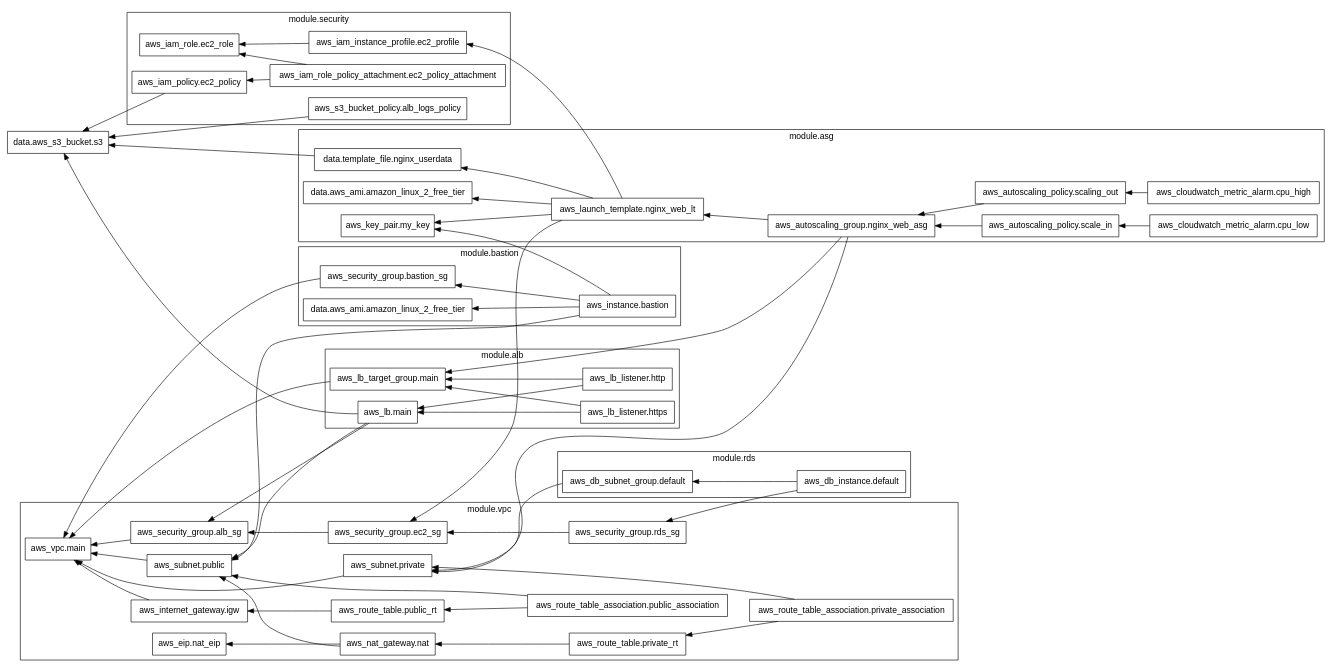
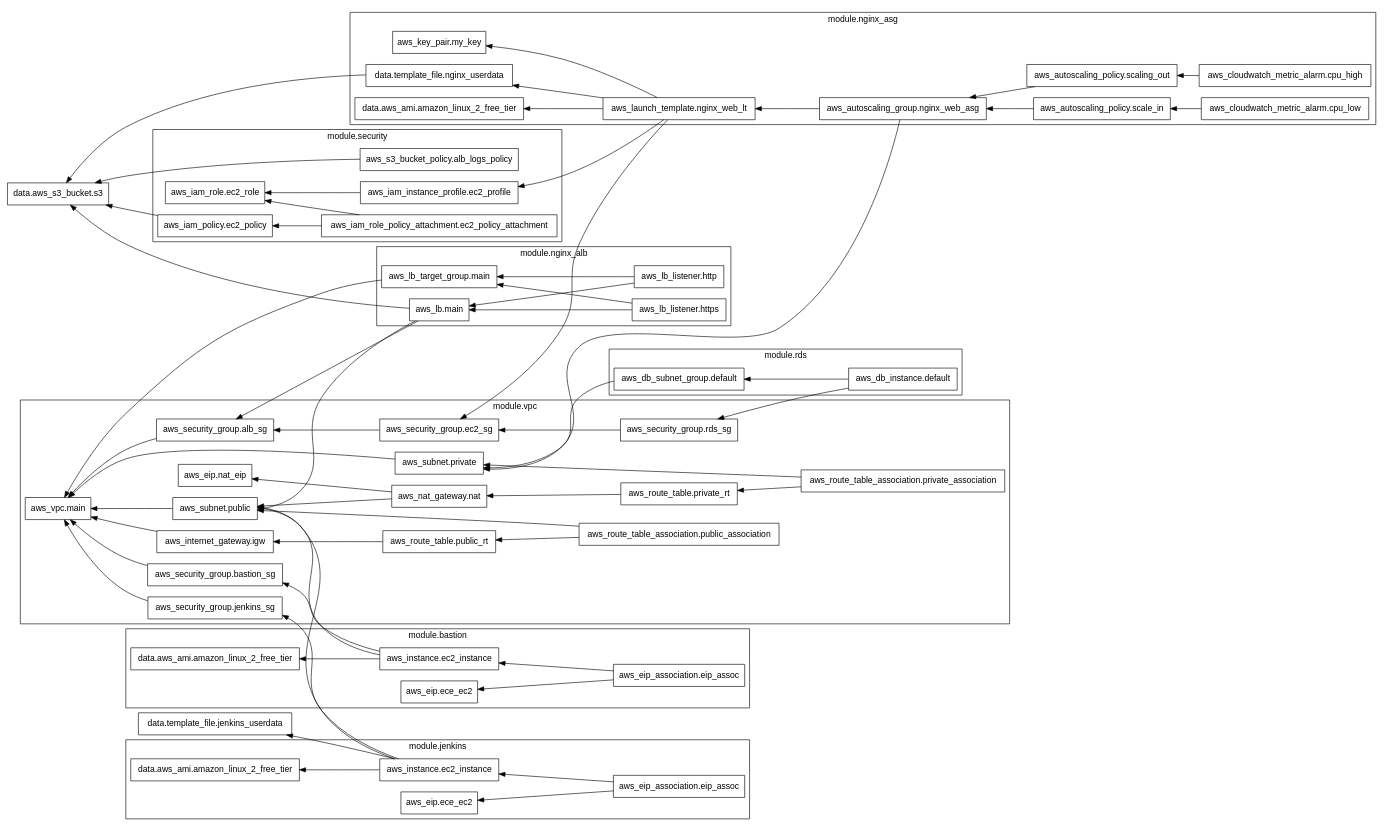
The diagram in assets/graph.dot (DimRev/devops-multitier-app-terraform), drawn with Graphviz before and after one commit. The commit also changed 13 other files, not shown here.

```diff
--- a/assets/graph.dot
+++ b/assets/graph.dot
@@ -1,113 +1,132 @@
 digraph G {
   rankdir = "RL";
   node [shape = rect, fontname = "sans-serif"];
   "data.aws_s3_bucket.s3" [label="data.aws_s3_bucket.s3"];
-  subgraph "cluster_module.alb" {
-    label = "module.alb"
-    fontname = "sans-serif"
-    "module.alb.aws_lb.main" [label="aws_lb.main"];
-    "module.alb.aws_lb_listener.http" [label="aws_lb_listener.http"];
-    "module.alb.aws_lb_listener.https" [label="aws_lb_listener.https"];
-    "module.alb.aws_lb_target_group.main" [label="aws_lb_target_group.main"];
-  }
-  subgraph "cluster_module.asg" {
-    label = "module.asg"
-    fontname = "sans-serif"
-    "module.asg.data.aws_ami.amazon_linux_2_free_tier" [label="data.aws_ami.amazon_linux_2_free_tier"];
-    "module.asg.data.template_file.nginx_userdata" [label="data.template_file.nginx_userdata"];
-    "module.asg.aws_autoscaling_group.nginx_web_asg" [label="aws_autoscaling_group.nginx_web_asg"];
-    "module.asg.aws_autoscaling_policy.scale_in" [label="aws_autoscaling_policy.scale_in"];
-    "module.asg.aws_autoscaling_policy.scaling_out" [label="aws_autoscaling_policy.scaling_out"];
-    "module.asg.aws_cloudwatch_metric_alarm.cpu_high" [label="aws_cloudwatch_metric_alarm.cpu_high"];
-    "module.asg.aws_cloudwatch_metric_alarm.cpu_low" [label="aws_cloudwatch_metric_alarm.cpu_low"];
-    "module.asg.aws_key_pair.my_key" [label="aws_key_pair.my_key"];
-    "module.asg.aws_launch_template.nginx_web_lt" [label="aws_launch_template.nginx_web_lt"];
-  }
+  "data.template_file.jenkins_userdata" [label="data.template_file.jenkins_userdata"];
   subgraph "cluster_module.bastion" {
     label = "module.bastion"
     fontname = "sans-serif"
     "module.bastion.data.aws_ami.amazon_linux_2_free_tier" [label="data.aws_ami.amazon_linux_2_free_tier"];
-    "module.bastion.aws_instance.bastion" [label="aws_instance.bastion"];
-    "module.bastion.aws_security_group.bastion_sg" [label="aws_security_group.bastion_sg"];
+    "module.bastion.aws_eip.ece_ec2" [label="aws_eip.ece_ec2"];
+    "module.bastion.aws_eip_association.eip_assoc" [label="aws_eip_association.eip_assoc"];
+    "module.bastion.aws_instance.ec2_instance" [label="aws_instance.ec2_instance"];
+  }
+  subgraph "cluster_module.jenkins" {
+    label = "module.jenkins"
+    fontname = "sans-serif"
+    "module.jenkins.data.aws_ami.amazon_linux_2_free_tier" [label="data.aws_ami.amazon_linux_2_free_tier"];
+    "module.jenkins.aws_eip.ece_ec2" [label="aws_eip.ece_ec2"];
+    "module.jenkins.aws_eip_association.eip_assoc" [label="aws_eip_association.eip_assoc"];
+    "module.jenkins.aws_instance.ec2_instance" [label="aws_instance.ec2_instance"];
+  }
+  subgraph "cluster_module.nginx_alb" {
+    label = "module.nginx_alb"
+    fontname = "sans-serif"
+    "module.nginx_alb.aws_lb.main" [label="aws_lb.main"];
+    "module.nginx_alb.aws_lb_listener.http" [label="aws_lb_listener.http"];
+    "module.nginx_alb.aws_lb_listener.https" [label="aws_lb_listener.https"];
+    "module.nginx_alb.aws_lb_target_group.main" [label="aws_lb_target_group.main"];
+  }
+  subgraph "cluster_module.nginx_asg" {
+    label = "module.nginx_asg"
+    fontname = "sans-serif"
+    "module.nginx_asg.data.aws_ami.amazon_linux_2_free_tier" [label="data.aws_ami.amazon_linux_2_free_tier"];
+    "module.nginx_asg.data.template_file.nginx_userdata" [label="data.template_file.nginx_userdata"];
+    "module.nginx_asg.aws_autoscaling_group.nginx_web_asg" [label="aws_autoscaling_group.nginx_web_asg"];
+    "module.nginx_asg.aws_autoscaling_policy.scale_in" [label="aws_autoscaling_policy.scale_in"];
+    "module.nginx_asg.aws_autoscaling_policy.scaling_out" [label="aws_autoscaling_policy.scaling_out"];
+    "module.nginx_asg.aws_cloudwatch_metric_alarm.cpu_high" [label="aws_cloudwatch_metric_alarm.cpu_high"];
+    "module.nginx_asg.aws_cloudwatch_metric_alarm.cpu_low" [label="aws_cloudwatch_metric_alarm.cpu_low"];
+    "module.nginx_asg.aws_key_pair.my_key" [label="aws_key_pair.my_key"];
+    "module.nginx_asg.aws_launch_template.nginx_web_lt" [label="aws_launch_template.nginx_web_lt"];
   }
   subgraph "cluster_module.rds" {
     label = "module.rds"
     fontname = "sans-serif"
     "module.rds.aws_db_instance.default" [label="aws_db_instance.default"];
     "module.rds.aws_db_subnet_group.default" [label="aws_db_subnet_group.default"];
   }
   subgraph "cluster_module.security" {
     label = "module.security"
     fontname = "sans-serif"
     "module.security.aws_iam_instance_profile.ec2_profile" [label="aws_iam_instance_profile.ec2_profile"];
     "module.security.aws_iam_policy.ec2_policy" [label="aws_iam_policy.ec2_policy"];
     "module.security.aws_iam_role.ec2_role" [label="aws_iam_role.ec2_role"];
     "module.security.aws_iam_role_policy_attachment.ec2_policy_attachment" [label="aws_iam_role_policy_attachment.ec2_policy_attachment"];
     "module.security.aws_s3_bucket_policy.alb_logs_policy" [label="aws_s3_bucket_policy.alb_logs_policy"];
   }
   subgraph "cluster_module.vpc" {
     label = "module.vpc"
     fontname = "sans-serif"
     "module.vpc.aws_eip.nat_eip" [label="aws_eip.nat_eip"];
     "module.vpc.aws_internet_gateway.igw" [label="aws_internet_gateway.igw"];
     "module.vpc.aws_nat_gateway.nat" [label="aws_nat_gateway.nat"];
     "module.vpc.aws_route_table.private_rt" [label="aws_route_table.private_rt"];
     "module.vpc.aws_route_table.public_rt" [label="aws_route_table.public_rt"];
     "module.vpc.aws_route_table_association.private_association" [label="aws_route_table_association.private_association"];
     "module.vpc.aws_route_table_association.public_association" [label="aws_route_table_association.public_association"];
     "module.vpc.aws_security_group.alb_sg" [label="aws_security_group.alb_sg"];
+    "module.vpc.aws_security_group.bastion_sg" [label="aws_security_group.bastion_sg"];
     "module.vpc.aws_security_group.ec2_sg" [label="aws_security_group.ec2_sg"];
+    "module.vpc.aws_security_group.jenkins_sg" [label="aws_security_group.jenkins_sg"];
     "module.vpc.aws_security_group.rds_sg" [label="aws_security_group.rds_sg"];
     "module.vpc.aws_subnet.private" [label="aws_subnet.private"];
     "module.vpc.aws_subnet.public" [label="aws_subnet.public"];
     "module.vpc.aws_vpc.main" [label="aws_vpc.main"];
   }
-  "module.alb.aws_lb.main" -> "data.aws_s3_bucket.s3";
-  "module.alb.aws_lb.main" -> "module.vpc.aws_security_group.alb_sg";
-  "module.alb.aws_lb.main" -> "module.vpc.aws_subnet.public";
-  "module.alb.aws_lb_listener.http" -> "module.alb.aws_lb.main";
-  "module.alb.aws_lb_listener.http" -> "module.alb.aws_lb_target_group.main";
-  "module.alb.aws_lb_listener.https" -> "module.alb.aws_lb.main";
-  "module.alb.aws_lb_listener.https" -> "module.alb.aws_lb_target_group.main";
-  "module.alb.aws_lb_target_group.main" -> "module.vpc.aws_vpc.main";
-  "module.asg.data.template_file.nginx_userdata" -> "data.aws_s3_bucket.s3";
-  "module.asg.aws_autoscaling_group.nginx_web_asg" -> "module.alb.aws_lb_target_group.main";
-  "module.asg.aws_autoscaling_group.nginx_web_asg" -> "module.asg.aws_launch_template.nginx_web_lt";
-  "module.asg.aws_autoscaling_group.nginx_web_asg" -> "module.vpc.aws_subnet.private";
-  "module.asg.aws_autoscaling_policy.scale_in" -> "module.asg.aws_autoscaling_group.nginx_web_asg";
-  "module.asg.aws_autoscaling_policy.scaling_out" -> "module.asg.aws_autoscaling_group.nginx_web_asg";
-  "module.asg.aws_cloudwatch_metric_alarm.cpu_high" -> "module.asg.aws_autoscaling_policy.scaling_out";
-  "module.asg.aws_cloudwatch_metric_alarm.cpu_low" -> "module.asg.aws_autoscaling_policy.scale_in";
-  "module.asg.aws_launch_template.nginx_web_lt" -> "module.asg.data.aws_ami.amazon_linux_2_free_tier";
-  "module.asg.aws_launch_template.nginx_web_lt" -> "module.asg.data.template_file.nginx_userdata";
-  "module.asg.aws_launch_template.nginx_web_lt" -> "module.asg.aws_key_pair.my_key";
-  "module.asg.aws_launch_template.nginx_web_lt" -> "module.security.aws_iam_instance_profile.ec2_profile";
-  "module.asg.aws_launch_template.nginx_web_lt" -> "module.vpc.aws_security_group.ec2_sg";
-  "module.bastion.aws_instance.bastion" -> "module.asg.aws_key_pair.my_key";
-  "module.bastion.aws_instance.bastion" -> "module.bastion.data.aws_ami.amazon_linux_2_free_tier";
-  "module.bastion.aws_instance.bastion" -> "module.bastion.aws_security_group.bastion_sg";
-  "module.bastion.aws_instance.bastion" -> "module.vpc.aws_subnet.public";
-  "module.bastion.aws_security_group.bastion_sg" -> "module.vpc.aws_vpc.main";
+  "module.bastion.aws_eip_association.eip_assoc" -> "module.bastion.aws_eip.ece_ec2";
+  "module.bastion.aws_eip_association.eip_assoc" -> "module.bastion.aws_instance.ec2_instance";
+  "module.bastion.aws_instance.ec2_instance" -> "module.bastion.data.aws_ami.amazon_linux_2_free_tier";
+  "module.bastion.aws_instance.ec2_instance" -> "module.vpc.aws_security_group.bastion_sg";
+  "module.bastion.aws_instance.ec2_instance" -> "module.vpc.aws_subnet.public";
+  "module.jenkins.aws_eip_association.eip_assoc" -> "module.jenkins.aws_eip.ece_ec2";
+  "module.jenkins.aws_eip_association.eip_assoc" -> "module.jenkins.aws_instance.ec2_instance";
+  "module.jenkins.aws_instance.ec2_instance" -> "data.template_file.jenkins_userdata";
+  "module.jenkins.aws_instance.ec2_instance" -> "module.jenkins.data.aws_ami.amazon_linux_2_free_tier";
+  "module.jenkins.aws_instance.ec2_instance" -> "module.vpc.aws_security_group.jenkins_sg";
+  "module.jenkins.aws_instance.ec2_instance" -> "module.vpc.aws_subnet.public";
+  "module.nginx_alb.aws_lb.main" -> "data.aws_s3_bucket.s3";
+  "module.nginx_alb.aws_lb.main" -> "module.vpc.aws_security_group.alb_sg";
+  "module.nginx_alb.aws_lb.main" -> "module.vpc.aws_subnet.public";
+  "module.nginx_alb.aws_lb_listener.http" -> "module.nginx_alb.aws_lb.main";
+  "module.nginx_alb.aws_lb_listener.http" -> "module.nginx_alb.aws_lb_target_group.main";
+  "module.nginx_alb.aws_lb_listener.https" -> "module.nginx_alb.aws_lb.main";
+  "module.nginx_alb.aws_lb_listener.https" -> "module.nginx_alb.aws_lb_target_group.main";
+  "module.nginx_alb.aws_lb_target_group.main" -> "module.vpc.aws_vpc.main";
+  "module.nginx_asg.data.template_file.nginx_userdata" -> "data.aws_s3_bucket.s3";
+  "module.nginx_asg.aws_autoscaling_group.nginx_web_asg" -> "module.nginx_asg.aws_launch_template.nginx_web_lt";
+  "module.nginx_asg.aws_autoscaling_group.nginx_web_asg" -> "module.vpc.aws_subnet.private";
+  "module.nginx_asg.aws_autoscaling_policy.scale_in" -> "module.nginx_asg.aws_autoscaling_group.nginx_web_asg";
+  "module.nginx_asg.aws_autoscaling_policy.scaling_out" -> "module.nginx_asg.aws_autoscaling_group.nginx_web_asg";
+  "module.nginx_asg.aws_cloudwatch_metric_alarm.cpu_high" -> "module.nginx_asg.aws_autoscaling_policy.scaling_out";
+  "module.nginx_asg.aws_cloudwatch_metric_alarm.cpu_low" -> "module.nginx_asg.aws_autoscaling_policy.scale_in";
+  "module.nginx_asg.aws_launch_template.nginx_web_lt" -> "module.nginx_asg.data.aws_ami.amazon_linux_2_free_tier";
+  "module.nginx_asg.aws_launch_template.nginx_web_lt" -> "module.nginx_asg.data.template_file.nginx_userdata";
+  "module.nginx_asg.aws_launch_template.nginx_web_lt" -> "module.nginx_asg.aws_key_pair.my_key";
+  "module.nginx_asg.aws_launch_template.nginx_web_lt" -> "module.security.aws_iam_instance_profile.ec2_profile";
+  "module.nginx_asg.aws_launch_template.nginx_web_lt" -> "module.vpc.aws_security_group.ec2_sg";
   "module.rds.aws_db_instance.default" -> "module.rds.aws_db_subnet_group.default";
   "module.rds.aws_db_instance.default" -> "module.vpc.aws_security_group.rds_sg";
   "module.rds.aws_db_subnet_group.default" -> "module.vpc.aws_subnet.private";
   "module.security.aws_iam_instance_profile.ec2_profile" -> "module.security.aws_iam_role.ec2_role";
   "module.security.aws_iam_policy.ec2_policy" -> "data.aws_s3_bucket.s3";
   "module.security.aws_iam_role_policy_attachment.ec2_policy_attachment" -> "module.security.aws_iam_policy.ec2_policy";
   "module.security.aws_iam_role_policy_attachment.ec2_policy_attachment" -> "module.security.aws_iam_role.ec2_role";
   "module.security.aws_s3_bucket_policy.alb_logs_policy" -> "data.aws_s3_bucket.s3";
   "module.vpc.aws_internet_gateway.igw" -> "module.vpc.aws_vpc.main";
   "module.vpc.aws_nat_gateway.nat" -> "module.vpc.aws_eip.nat_eip";
   "module.vpc.aws_nat_gateway.nat" -> "module.vpc.aws_subnet.public";
   "module.vpc.aws_route_table.private_rt" -> "module.vpc.aws_nat_gateway.nat";
   "module.vpc.aws_route_table.public_rt" -> "module.vpc.aws_internet_gateway.igw";
   "module.vpc.aws_route_table_association.private_association" -> "module.vpc.aws_route_table.private_rt";
   "module.vpc.aws_route_table_association.private_association" -> "module.vpc.aws_subnet.private";
   "module.vpc.aws_route_table_association.public_association" -> "module.vpc.aws_route_table.public_rt";
   "module.vpc.aws_route_table_association.public_association" -> "module.vpc.aws_subnet.public";
   "module.vpc.aws_security_group.alb_sg" -> "module.vpc.aws_vpc.main";
+  "module.vpc.aws_security_group.bastion_sg" -> "module.vpc.aws_vpc.main";
   "module.vpc.aws_security_group.ec2_sg" -> "module.vpc.aws_security_group.alb_sg";
+  "module.vpc.aws_security_group.jenkins_sg" -> "module.vpc.aws_vpc.main";
   "module.vpc.aws_security_group.rds_sg" -> "module.vpc.aws_security_group.ec2_sg";
   "module.vpc.aws_subnet.private" -> "module.vpc.aws_vpc.main";
   "module.vpc.aws_subnet.public" -> "module.vpc.aws_vpc.main";
 }
```
